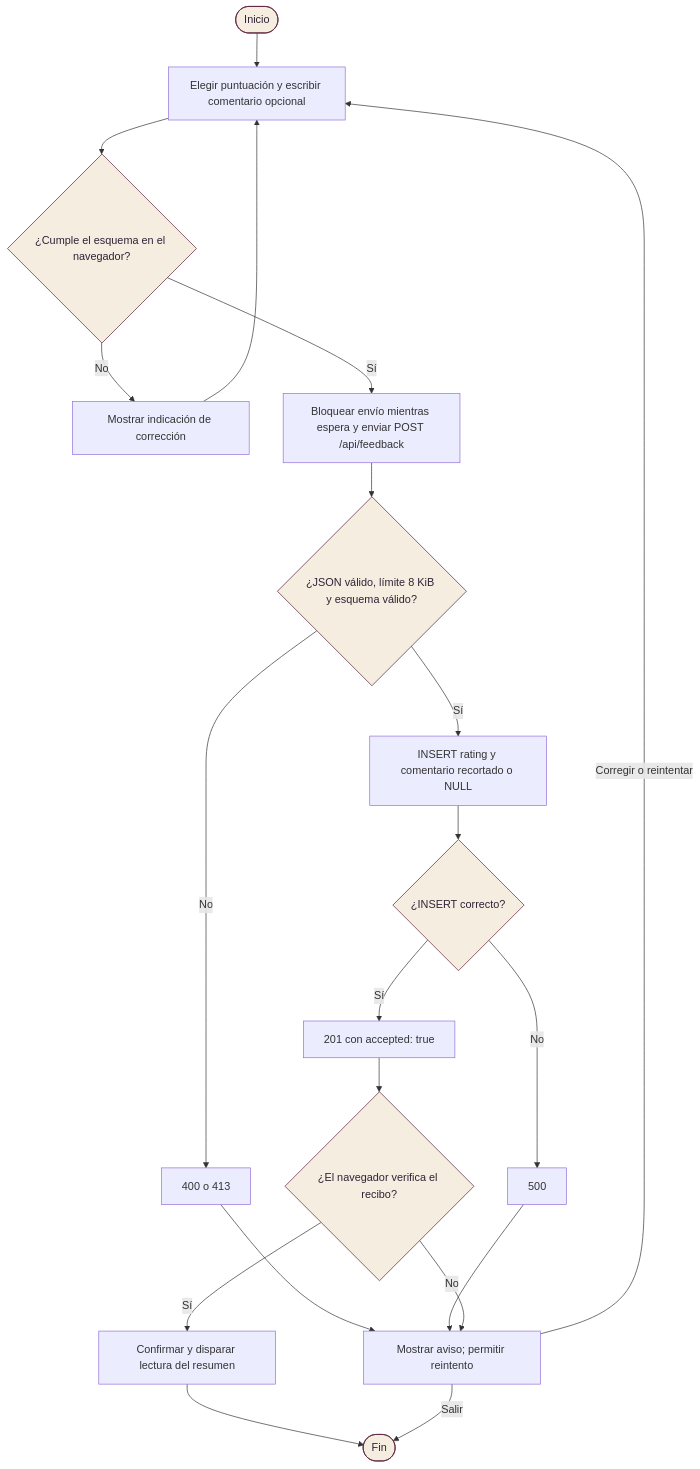
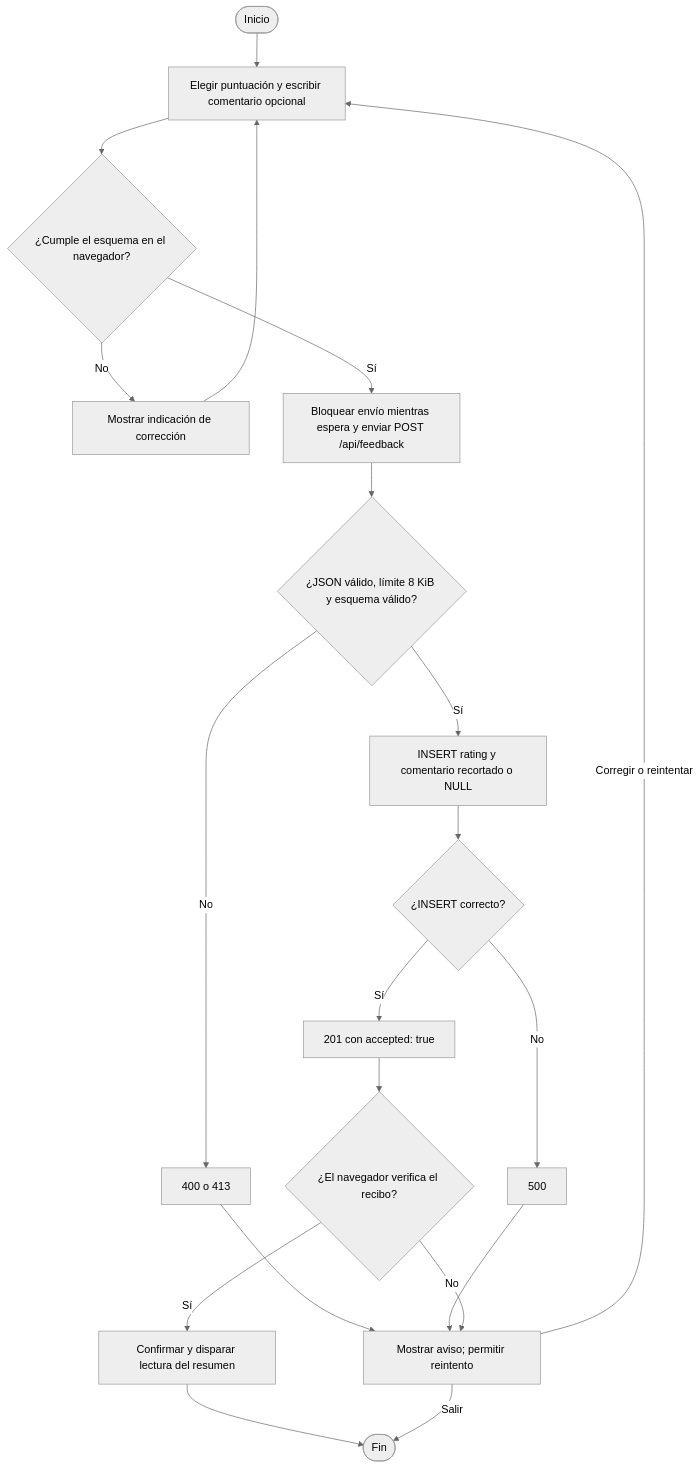
One commit to magomez36/FIAVL_Arquitectura-de-Software changed the diagram in docs/architecture/03-vista-procesos/actividades/ACTV-05-enviar-valoracion.md. Above: the diagram before and after it, drawn with Mermaid. The commit also changed 143 other files, not shown here.

Commit message:
docs(architecture): simplifica documentacion y corrige exportacion completa del PDF

````diff
--- a/docs/architecture/03-vista-procesos/actividades/ACTV-05-enviar-valoracion.md
+++ b/docs/architecture/03-vista-procesos/actividades/ACTV-05-enviar-valoracion.md
@@ -7,22 +7,24 @@
 ```mermaid
+---
+config:
+  theme: neutral
+---
 flowchart TD
   I([Inicio]) --> E["Elegir puntuación y escribir comentario opcional"]
   E --> C{"¿Cumple el esquema en el navegador?"}
   C -->|No| O["Mostrar indicación de corrección"] --> E
   C -->|Sí| P["Bloquear envío mientras espera y enviar POST /api/feedback"]
   P --> B{"¿JSON válido, límite 8 KiB y esquema válido?"}
   B -->|No| R["400 o 413"]
   B -->|Sí| K["INSERT rating y comentario recortado o NULL"]
   K --> M{"¿INSERT correcto?"}
   M -->|Sí| S["201 con accepted: true"]
   M -->|No| T["500"]
   S --> Q{"¿El navegador verifica el recibo?"}
   R --> X["Mostrar aviso; permitir reintento"]
   T --> X
   Q -->|No| X
   Q -->|Sí| A["Confirmar y disparar lectura del resumen"] --> F([Fin])
   X -->|Corregir o reintentar| E
   X -->|Salir| F
-  classDef accent fill:#F5EDE0,stroke:#591C37,color:#302237
-  class I,F,C,B,M,Q accent
 ```
````
